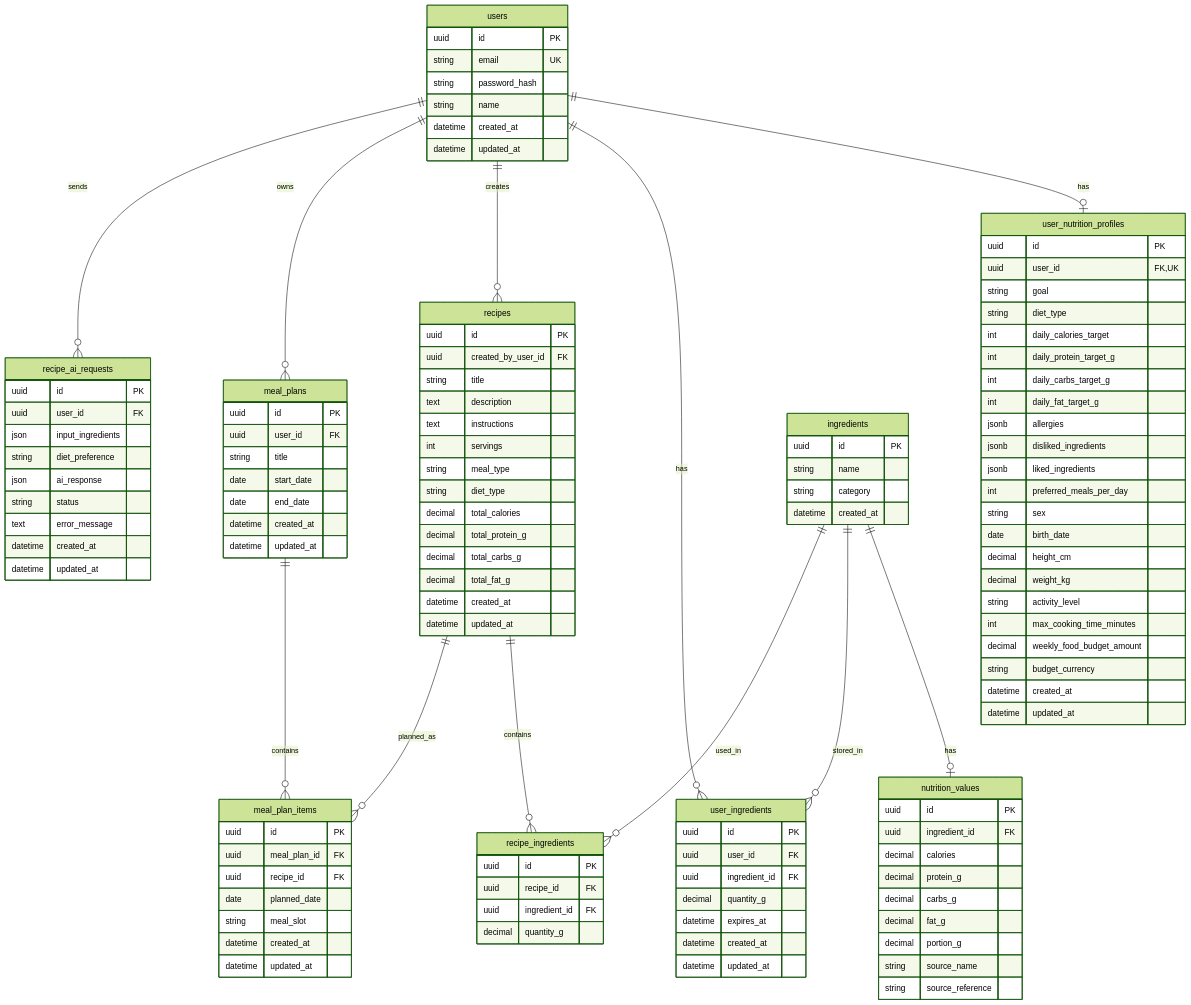
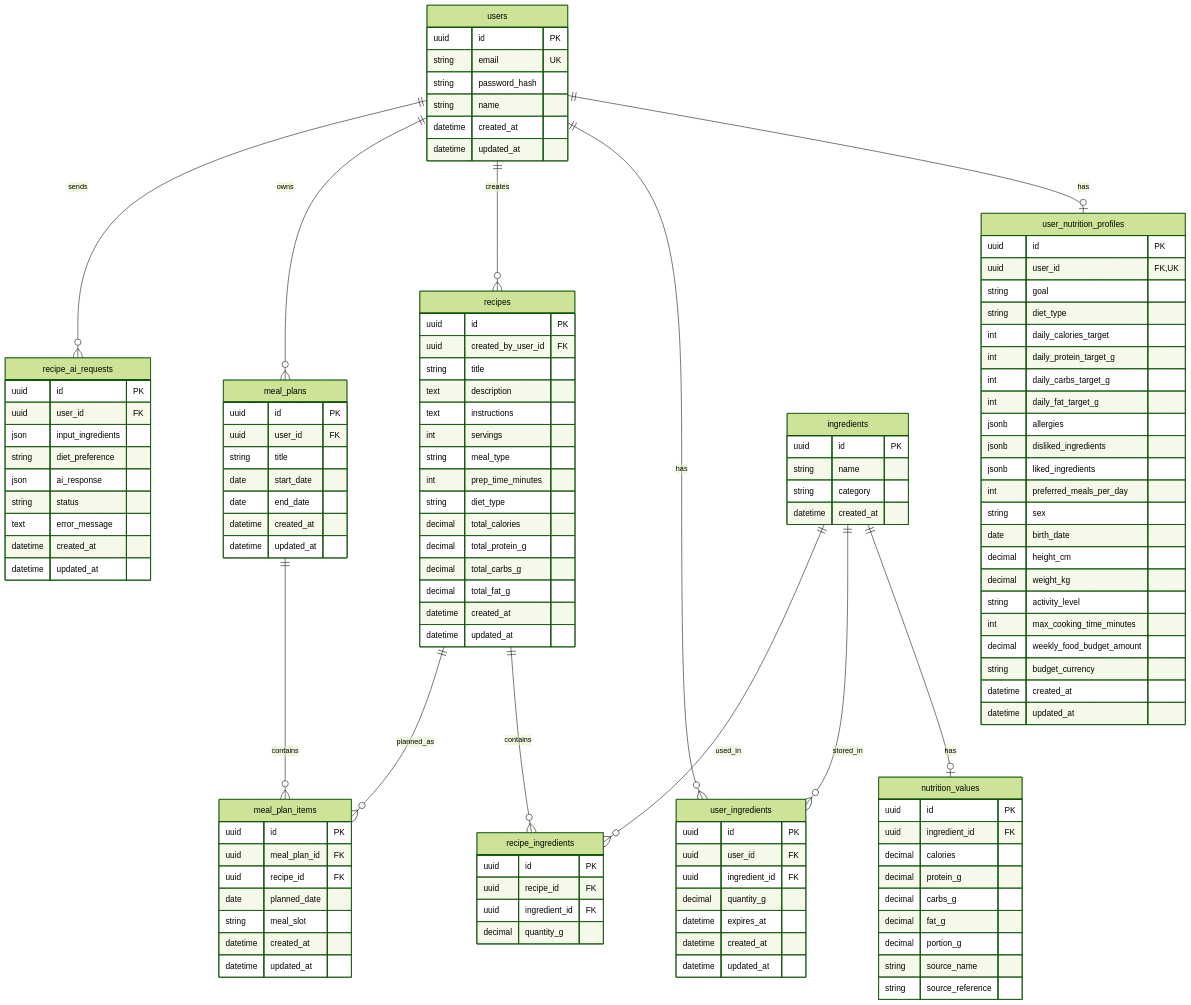
The diagram in docs/database/erd.md (Pavel404-dev/Mealio), drawn with Mermaid (forest theme) before and after one commit. The commit also changed other lines of this file and 9 other files, not shown here.

```diff
--- a/docs/database/erd.md
+++ b/docs/database/erd.md
@@ -115,6 +115,7 @@
         text instructions
         int servings
         string meal_type
+        int prep_time_minutes
         string diet_type
         decimal total_calories
         decimal total_protein_g
```
